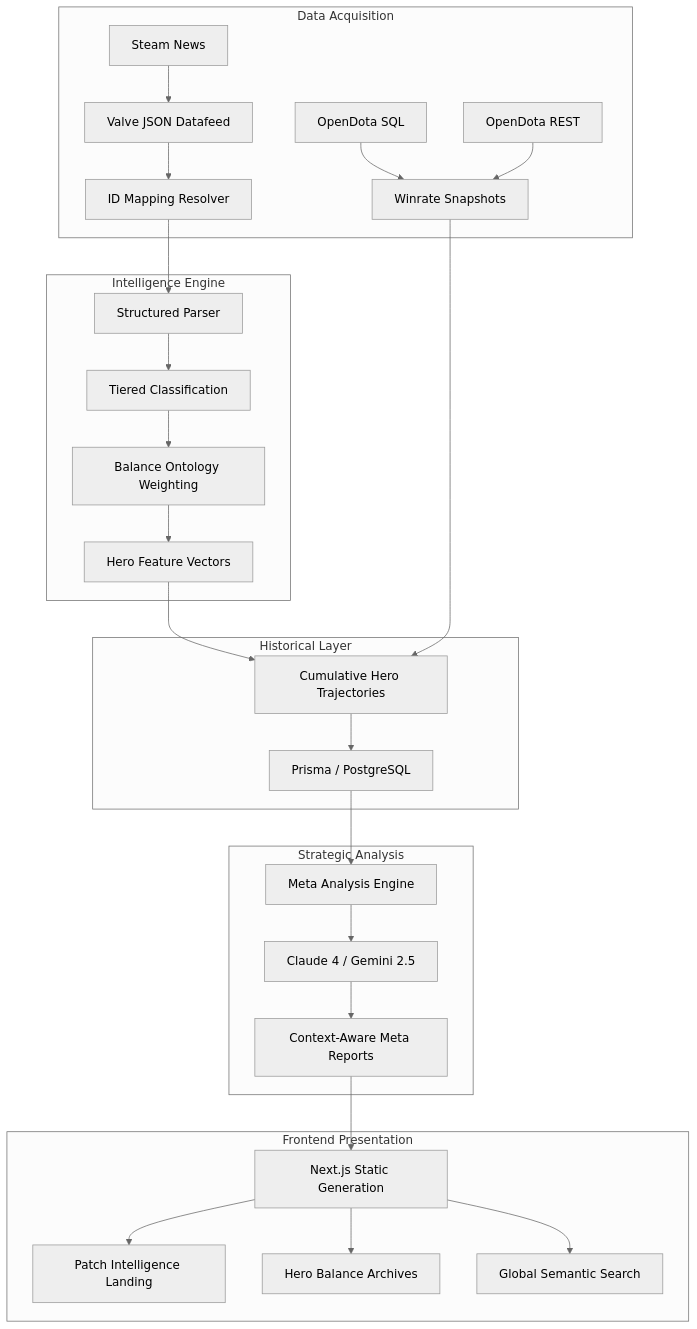
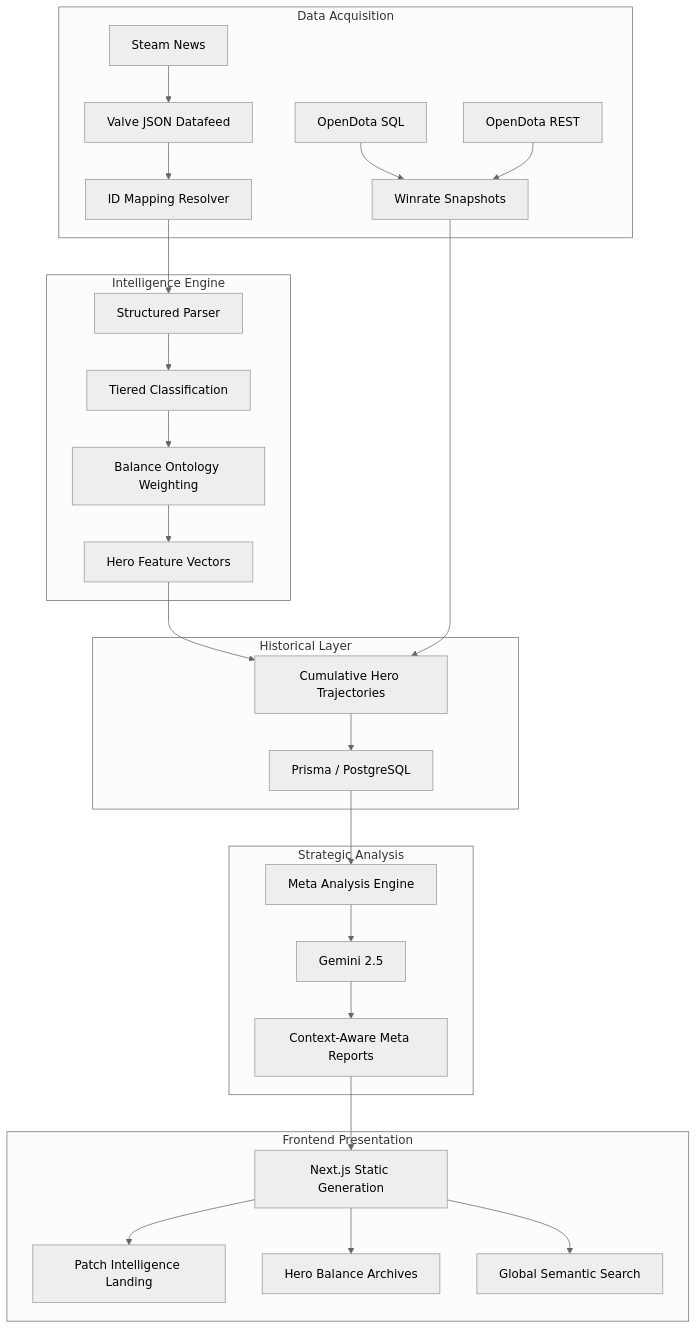
Before and after one commit to bamsemats/dota-patch-intelligence: the diagram in README.md, drawn with Mermaid (neutral theme). The commit also changed other lines of this file and 169 other files, not shown here.

````diff
--- a/README.md
+++ b/README.md
@@ -69,35 +66,35 @@
 ```mermaid
 graph TD
     subgraph "Data Acquisition"
         A[Steam News] --> B[Valve JSON Datafeed]
         B --> C[ID Mapping Resolver]
         D1[OpenDota SQL] --> W[Winrate Snapshots]
         D2[OpenDota REST] --> W
     end
 
     subgraph "Intelligence Engine"
         C --> D[Structured Parser]
         D --> E[Tiered Classification]
         E --> F[Balance Ontology Weighting]
         F --> G[Hero Feature Vectors]
     end
 
     subgraph "Historical Layer"
         G --> H[Cumulative Hero Trajectories]
         W --> H
         H --> I[Prisma / PostgreSQL]
     end
 
     subgraph "Strategic Analysis"
         I --> J[Meta Analysis Engine]
-        J --> K[Claude 4 / Gemini 2.5]
+        J --> K[Gemini 2.5]
         K --> L[Context-Aware Meta Reports]
     end
 
     subgraph "Frontend Presentation"
         L --> M[Next.js Static Generation]
         M --> N[Patch Intelligence Landing]
         M --> O[Hero Balance Archives]
         M --> P[Global Semantic Search]
     end
 ```
````
